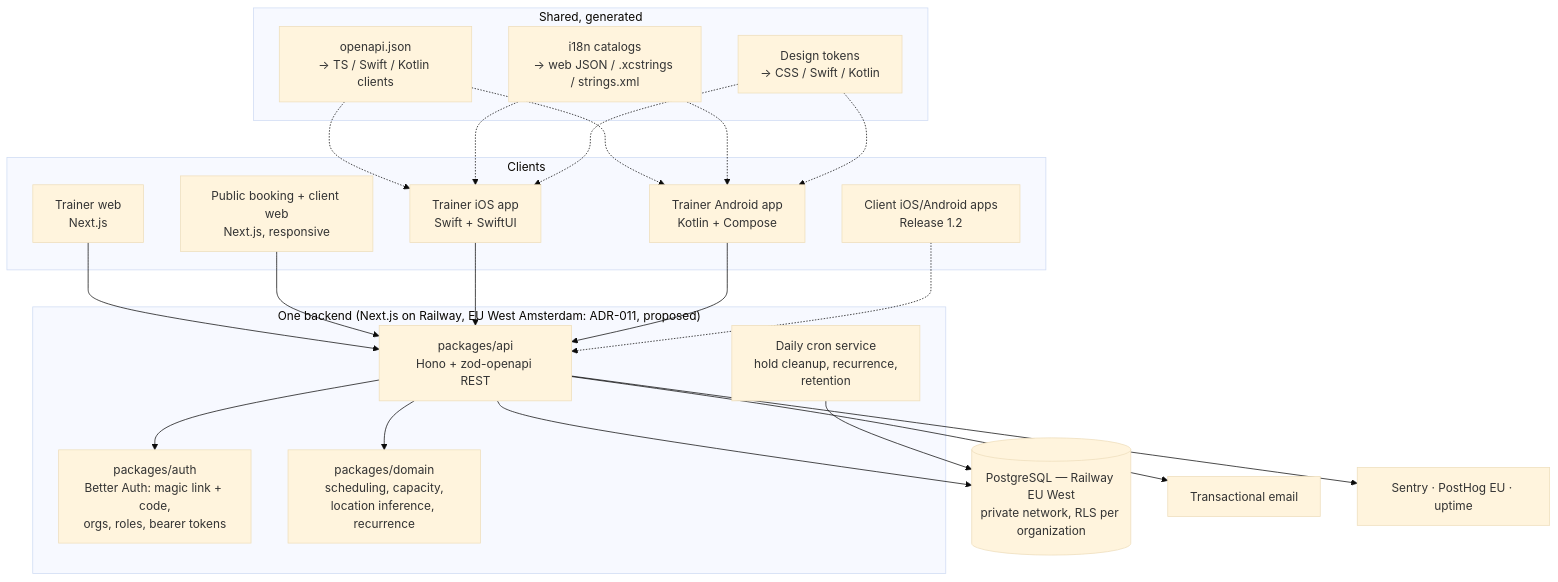
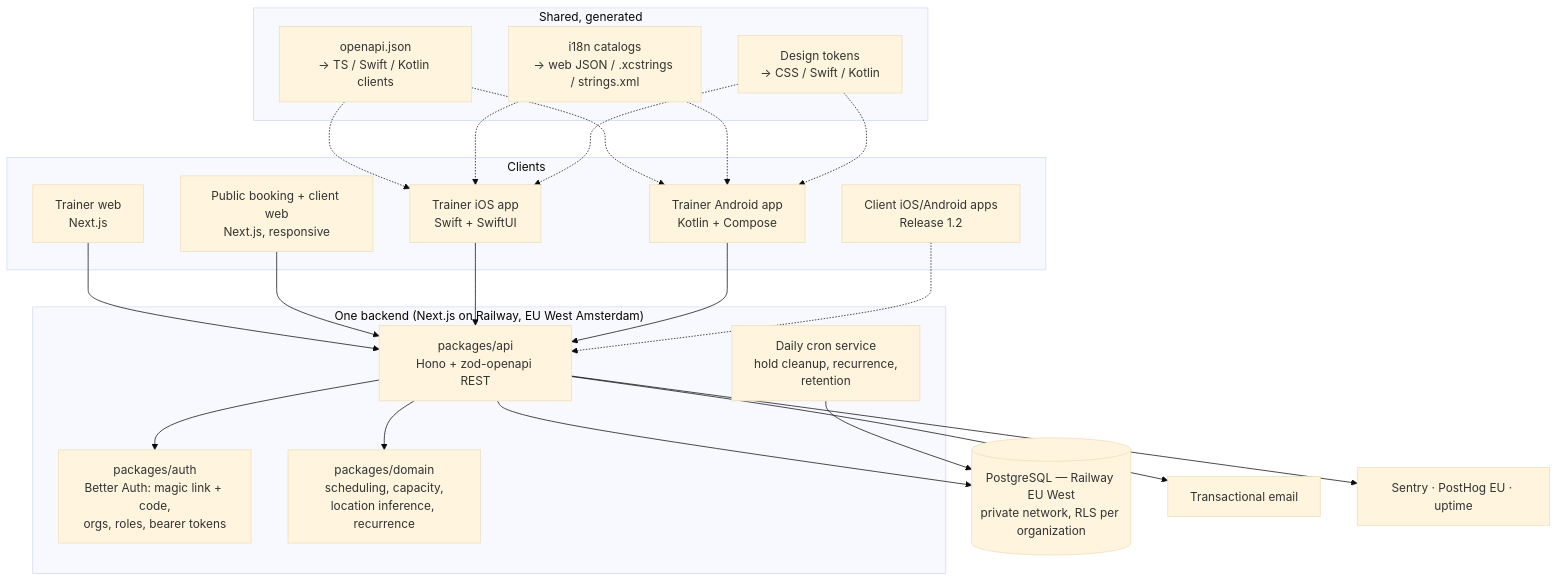
The second of 2 diagrams in docs/product/ROADMAP.md (fivvi-app/fivvi), drawn with Mermaid (base theme) before and after one commit. The commit also changed other lines of this file and 5 other files, not shown here.

First line of the commit message:
docs: accept ADR-011 (Railway) and drop Vercel/Neon references

````diff
--- a/docs/product/ROADMAP.md
+++ b/docs/product/ROADMAP.md
@@ -586,45 +586,45 @@
 ```mermaid
 flowchart TB
   subgraph Clients
     TW[Trainer web<br/>Next.js]
     PB[Public booking + client web<br/>Next.js, responsive]
     IOS[Trainer iOS app<br/>Swift + SwiftUI]
     AND[Trainer Android app<br/>Kotlin + Compose]
     CM[Client iOS/Android apps<br/>Release 1.2]
   end
 
   subgraph Contract["Shared, generated"]
     OAS[openapi.json<br/>→ TS / Swift / Kotlin clients]
     STR[i18n catalogs<br/>→ web JSON / .xcstrings / strings.xml]
     TOK[Design tokens<br/>→ CSS / Swift / Kotlin]
   end
 
-  subgraph Backend["One backend (Next.js on Railway, EU West Amsterdam: ADR-011, proposed)"]
+  subgraph Backend["One backend (Next.js on Railway, EU West Amsterdam)"]
     API[packages/api<br/>Hono + zod-openapi REST]
     AUTH[packages/auth<br/>Better Auth: magic link + code,<br/>orgs, roles, bearer tokens]
     DOM[packages/domain<br/>scheduling, capacity,<br/>location inference, recurrence]
     CRON[Daily cron service<br/>hold cleanup, recurrence,<br/>retention]
   end
 
   DB[(PostgreSQL — Railway EU West<br/>private network, RLS per organization)]
   MAIL[Transactional email]
   OBS[Sentry · PostHog EU · uptime]
 
   TW --> API
   PB --> API
   IOS --> API
   AND --> API
   CM -.-> API
   OAS -.-> IOS
   OAS -.-> AND
   STR -.-> IOS
   STR -.-> AND
   TOK -.-> IOS
   TOK -.-> AND
   API --> AUTH
   API --> DOM
   API --> DB
   API --> MAIL
   CRON --> DB
   API --> OBS
 ```
````
